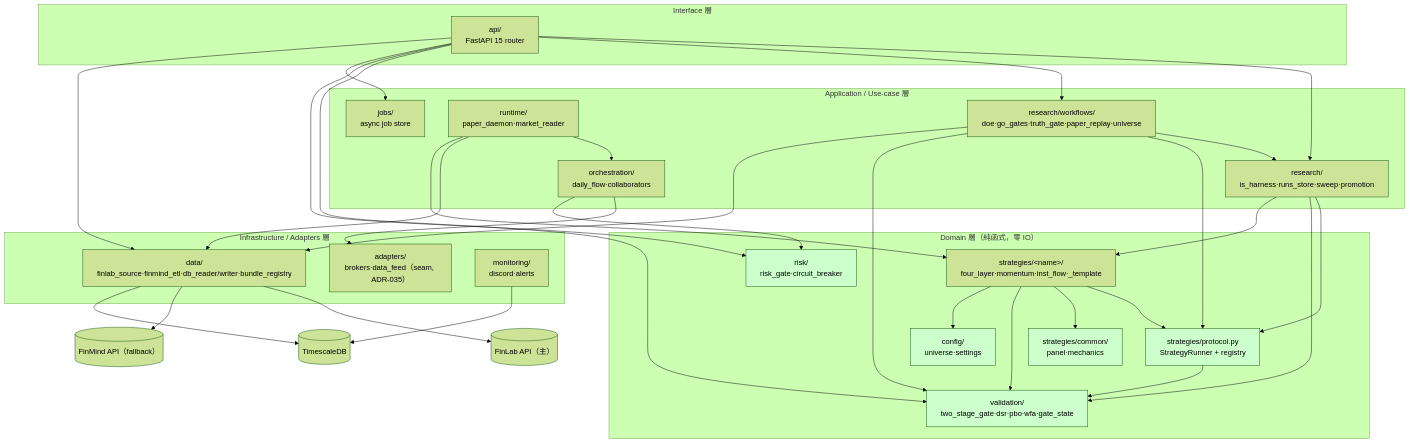
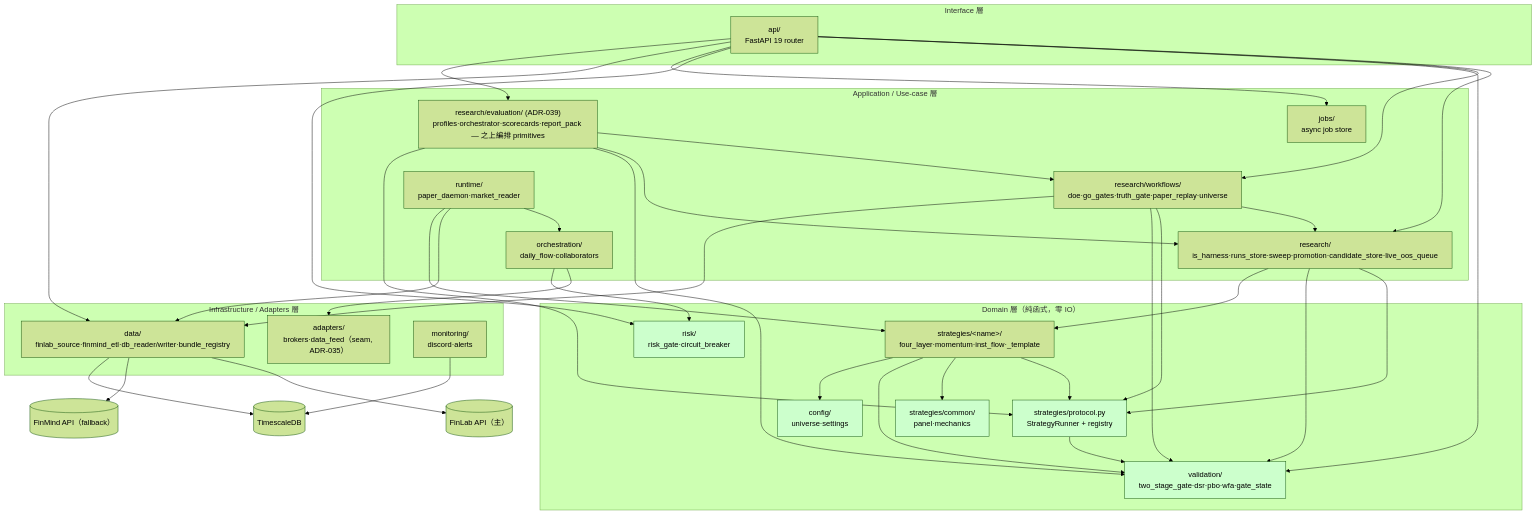
The diagram in dev_docs/09_file_dependencies_template.md (Zenobia000/Quantitative_Trading), drawn with Mermaid (forest theme) before and after one commit. The commit also changed 20 other files, not shown here.

````diff
--- a/dev_docs/09_file_dependencies_template.md
+++ b/dev_docs/09_file_dependencies_template.md
@@ -24,64 +24,70 @@
 ```mermaid
 graph TD
     subgraph Interface["Interface 層"]
-        Api["api/<br/>FastAPI 15 router"]
+        Api["api/<br/>FastAPI 19 router"]
     end
     subgraph App["Application / Use-case 層"]
+        Eval["research/evaluation/ (ADR-039)<br/>profiles·orchestrator·scorecards·report_pack — 之上編排 primitives"]
         ResWf["research/workflows/<br/>doe·go_gates·truth_gate·paper_replay·universe"]
-        Research["research/<br/>is_harness·runs_store·sweep·promotion"]
+        Research["research/<br/>is_harness·runs_store·sweep·promotion·candidate_store·live_oos_queue"]
         Orch["orchestration/<br/>daily_flow·collaborators"]
         Runtime["runtime/<br/>paper_daemon·market_reader"]
         Jobs["jobs/<br/>async job store"]
     end
     subgraph Domain["Domain 層（純函式，零 IO）"]
         Proto["strategies/protocol.py<br/>StrategyRunner + registry"]
         StratImpl["strategies/&lt;name&gt;/<br/>four_layer·momentum·inst_flow·_template"]
         Common["strategies/common/<br/>panel·mechanics"]
         Validation["validation/<br/>two_stage_gate·dsr·pbo·wfa·gate_state"]
         Risk["risk/<br/>risk_gate·circuit_breaker"]
         Config["config/<br/>universe·settings"]
     end
     subgraph Infra["Infrastructure / Adapters 層"]
         Data["data/<br/>finlab_source·finmind_etl·db_reader/writer·bundle_registry"]
         Adapters["adapters/<br/>brokers·data_feed（seam, ADR-035）"]
         Monitoring["monitoring/<br/>discord·alerts"]
     end
 
     FinLab[("FinLab API（主）")]
     FinMind[("FinMind API（fallback）")]
     TSDB[("TimescaleDB")]
 
     Api --> Research
     Api --> ResWf
     Api --> Validation
     Api --> Risk
     Api --> Jobs
     Api --> Data
     ResWf --> Research
     ResWf --> Proto
     ResWf --> Validation
     ResWf --> Data
+    Api --> Eval
+    Eval --> ResWf
+    Eval --> Research
+    Eval --> Validation
+    Eval --> Proto
     Research --> Proto
     Research --> Validation
     Research --> StratImpl
     Orch --> Adapters
     Orch --> Risk
     Runtime --> Orch
     Runtime --> Data
     Runtime --> StratImpl
     StratImpl --> Proto
     StratImpl --> Common
     StratImpl --> Validation
     StratImpl --> Config
     Proto --> Validation
     Data --> FinLab
     Data --> FinMind
     Data --> TSDB
     Monitoring --> TSDB
 
     style Proto fill:#cfc
     style Validation fill:#cfc
     style Risk fill:#cfc
     style Config fill:#cfc
     style Common fill:#cfc
 ```
````
